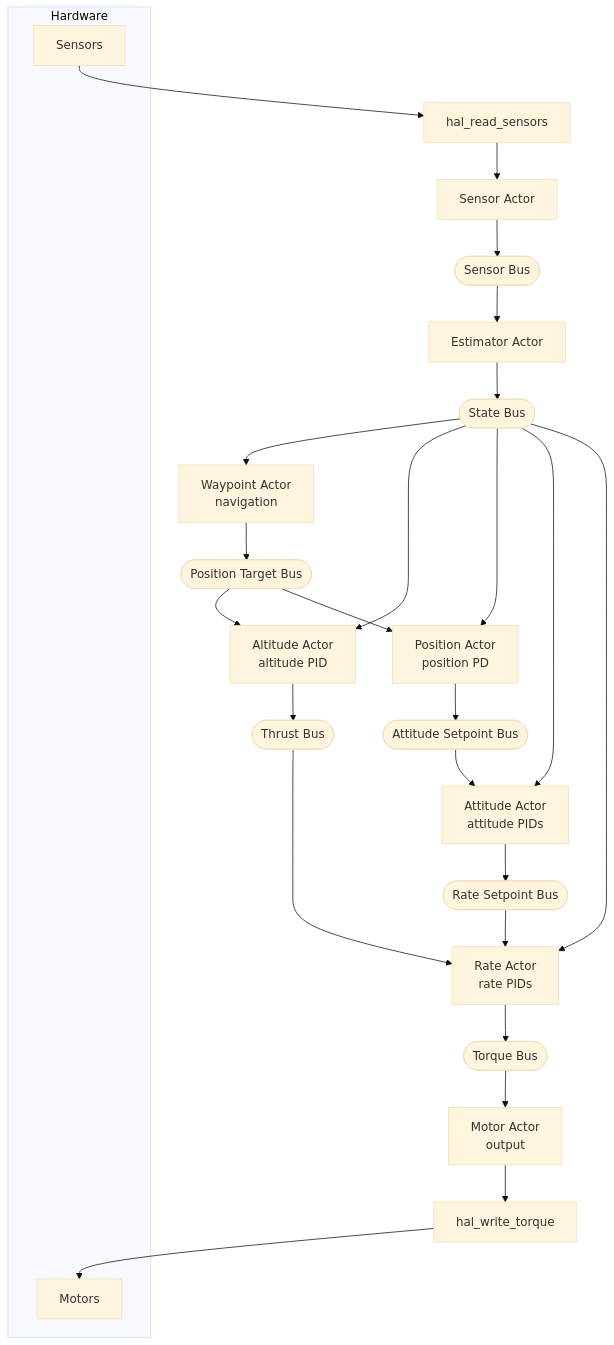
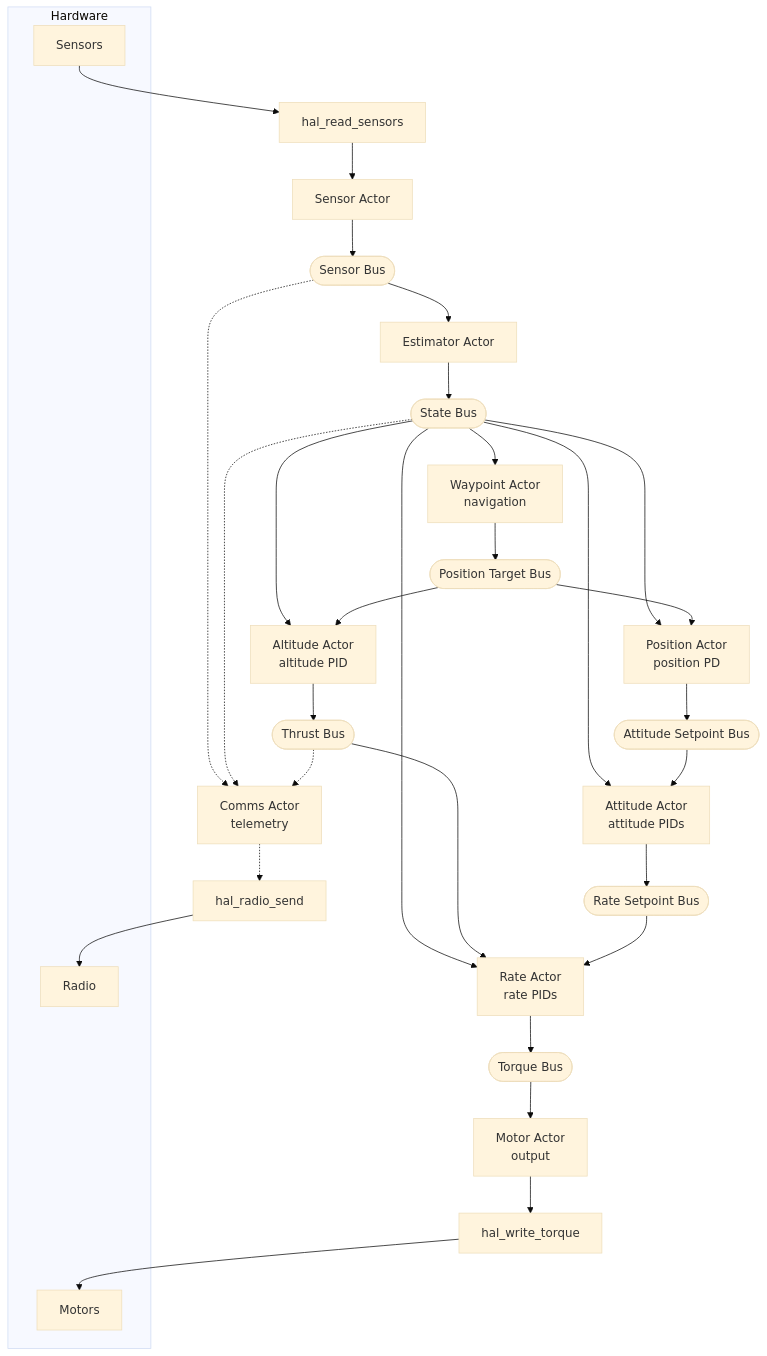
The second of 3 diagrams in examples/pilot/SPEC.md (joagre/hive), drawn with Mermaid (base theme) before and after one commit. The commit also changed other lines of this file and 1 other file, not shown here.

First line of the commit message:
Add comms actor to architecture diagrams

````diff
--- a/examples/pilot/SPEC.md
+++ b/examples/pilot/SPEC.md
@@ -336,36 +343,43 @@
 ```mermaid
 graph TB
     subgraph HW["Hardware"]
         Sensors[Sensors]
         Motors[Motors]
+        Radio[Radio]
     end
 
     ReadSensors[hal_read_sensors]
     WriteTorque[hal_write_torque]
+    RadioTx[hal_radio_send]
 
     Sensors --> ReadSensors --> Sensor[Sensor Actor]
     Sensor --> SensorBus([Sensor Bus])
     SensorBus --> Estimator[Estimator Actor]
     Estimator --> StateBus([State Bus])
 
     StateBus --> Waypoint[Waypoint Actor<br/>navigation]
     StateBus --> Altitude[Altitude Actor<br/>altitude PID]
     StateBus --> Position[Position Actor<br/>position PD]
     StateBus --> Attitude[Attitude Actor<br/>attitude PIDs]
     StateBus --> Rate[Rate Actor<br/>rate PIDs]
 
     Waypoint --> PositionTargetBus([Position Target Bus])
     PositionTargetBus --> Altitude
     PositionTargetBus --> Position
     Altitude --> ThrustBus([Thrust Bus])
     ThrustBus --> Rate
     Position --> AttitudeSP([Attitude Setpoint Bus])
     AttitudeSP --> Attitude
     Attitude --> RateSP([Rate Setpoint Bus])
     RateSP --> Rate
 
     Rate --> TorqueBus([Torque Bus])
     TorqueBus --> Motor[Motor Actor<br/>output]
 
     Motor --> WriteTorque --> Motors
+
+    SensorBus -.-> Comms[Comms Actor<br/>telemetry]
+    StateBus -.-> Comms
+    ThrustBus -.-> Comms
+    Comms -.-> RadioTx --> Radio
 ```
````
